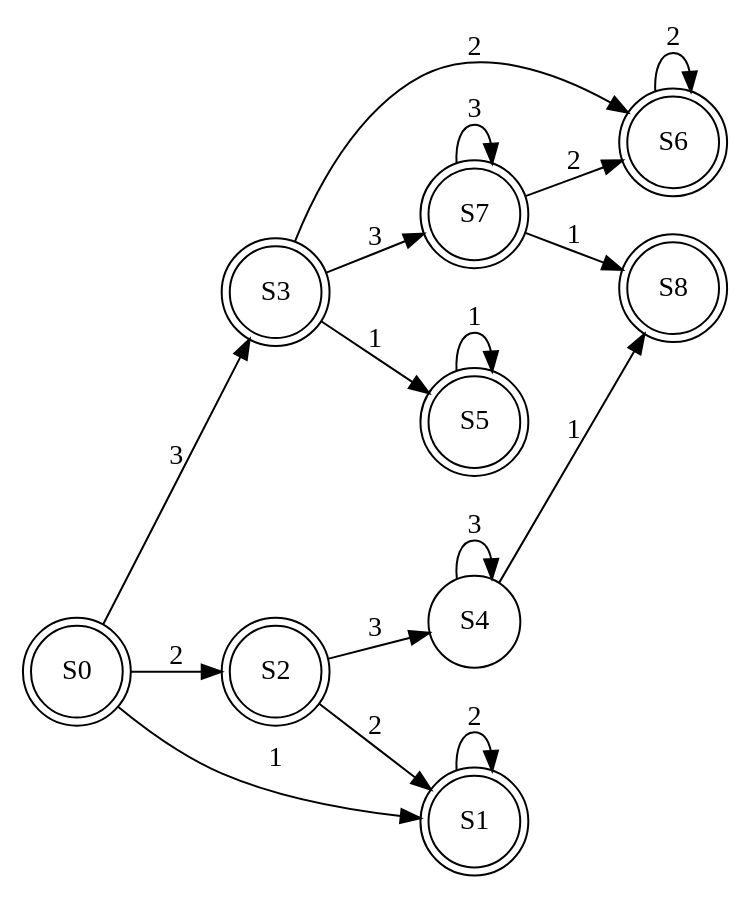
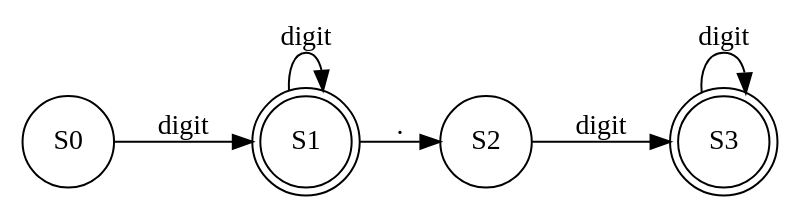
The diagram in Proyecto1/AFD.dot (AlvaroCeballos/-LFP-202300673-), drawn with Graphviz before and after one commit. The commit also changed 6 other files, not shown here.

```diff
--- a/Proyecto1/AFD.dot
+++ b/Proyecto1/AFD.dot
@@ -1,43 +1,17 @@
 digraph G {
 rankdir=LR;
-S3->S7[label="3"]
-S3->S6[label="2"]
-S3->S5[label="1"]
-S4->S4[label="3"]
-S4->S8[label="1"]
-S5->S5[label="1"]
-S6->S6[label="2"]
-S7->S7[label="3"]
-S7->S6[label="2"]
-S7->S8[label="1"]
-S0->S3[label="3"]
-S0->S2[label="2"]
-S0->S1[label="1"]
-S1->S1[label="2"]
-S2->S4[label="3"]
-S2->S1[label="2"]
+S3->S3[label="digit"]
+S0->S1[label="digit"]
+S1->S2[label="."]
+S1->S1[label="digit"]
+S2->S3[label="digit"]
 S3[shape=doublecircle]
-S7[shape=doublecircle]
-S6[shape=doublecircle]
-S5[shape=doublecircle]
-S4[shape=circle]
-S4[shape=circle]
-S8[shape=doublecircle]
-S5[shape=doublecircle]
-S5[shape=doublecircle]
-S6[shape=doublecircle]
-S6[shape=doublecircle]
-S7[shape=doublecircle]
-S7[shape=doublecircle]
-S6[shape=doublecircle]
-S8[shape=doublecircle]
-S0[shape=doublecircle]
 S3[shape=doublecircle]
-S2[shape=doublecircle]
+S0[shape=circle]
 S1[shape=doublecircle]
 S1[shape=doublecircle]
+S2[shape=circle]
 S1[shape=doublecircle]
-S2[shape=doublecircle]
-S4[shape=circle]
-S1[shape=doublecircle]
+S2[shape=circle]
+S3[shape=doublecircle]
 }
```
